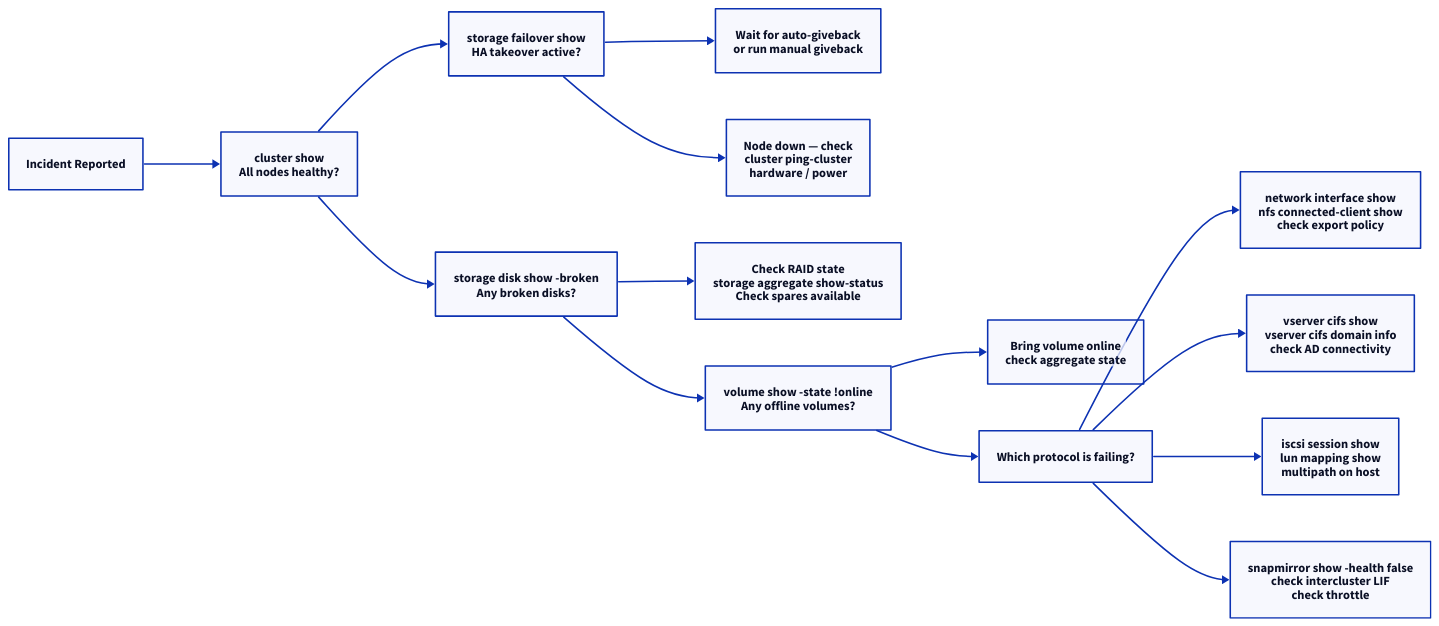
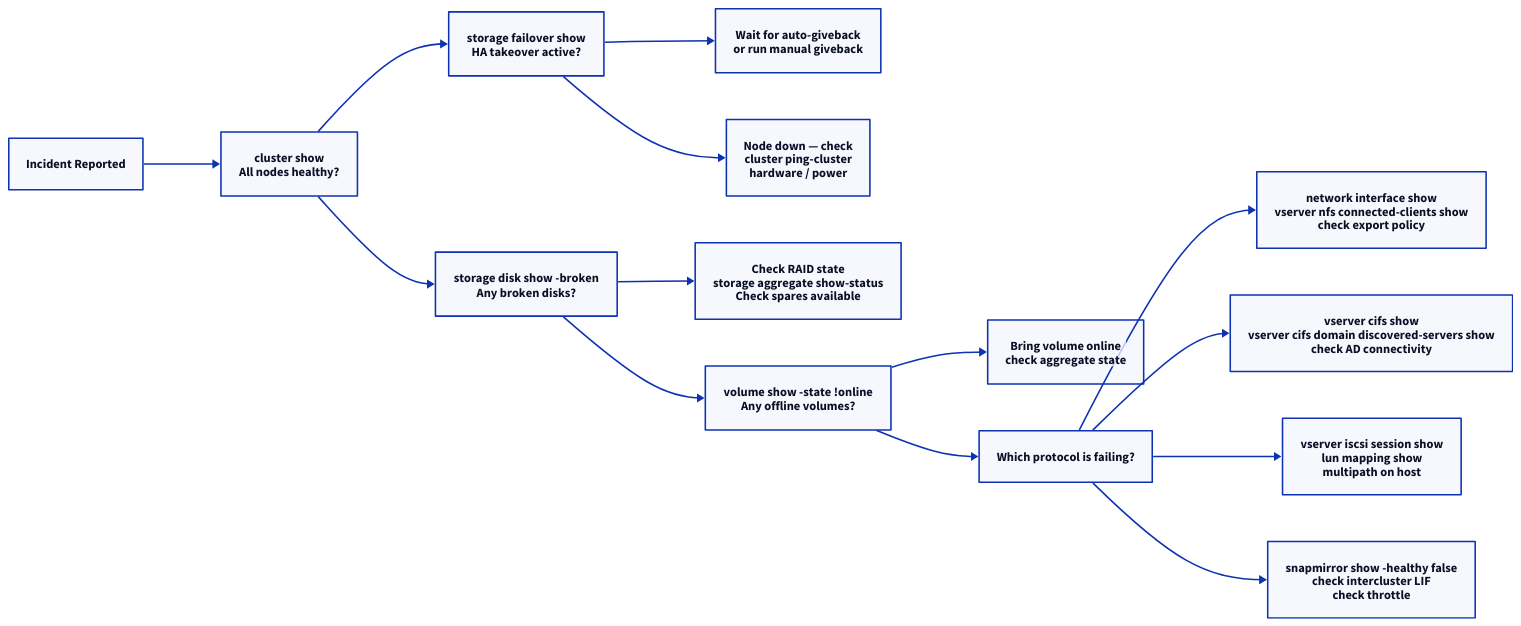
The third of 3 diagrams in docs/storage/products/netapp/ontap/troubleshooting/common-issues.md (canast01/chris-kb), drawn with D2 before and after one commit. The commit also changed other lines of this file and 141 other files, not shown here.

````diff
--- a/docs/storage/products/netapp/ontap/troubleshooting/common-issues.md
+++ b/docs/storage/products/netapp/ontap/troubleshooting/common-issues.md
@@ -102,32 +102,32 @@
 ```d2
 direction: right
 
 incident: "Incident Reported" {shape: rectangle}
 clusterOk: "cluster show\nAll nodes healthy?" {shape: rectangle}
 haCheck: "storage failover show\nHA takeover active?" {shape: rectangle}
 waitGiveback: "Wait for auto-giveback\nor run manual giveback" {shape: rectangle}
 nodeDown: "Node down — check\ncluster ping-cluster\nhardware / power" {shape: rectangle}
 diskOk: "storage disk show -broken\nAny broken disks?" {shape: rectangle}
 diskIssue: "Check RAID state\nstorage aggregate show-status\nCheck spares available" {shape: rectangle}
 volOk: "volume show -state !online\nAny offline volumes?" {shape: rectangle}
 volIssue: "Bring volume online\ncheck aggregate state" {shape: rectangle}
 protocol: "Which protocol is failing?" {shape: rectangle}
-nfsCheck: "network interface show\nnfs connected-client show\ncheck export policy" {shape: rectangle}
-smbCheck: "vserver cifs show\nvserver cifs domain info\ncheck AD connectivity" {shape: rectangle}
-iscsCheck: "iscsi session show\nlun mapping show\nmultipath on host" {shape: rectangle}
-smCheck: "snapmirror show -health false\ncheck intercluster LIF\ncheck throttle" {shape: rectangle}
+nfsCheck: "network interface show\nvserver nfs connected-clients show\ncheck export policy" {shape: rectangle}
+smbCheck: "vserver cifs show\nvserver cifs domain discovered-servers show\ncheck AD connectivity" {shape: rectangle}
+iscsCheck: "vserver iscsi session show\nlun mapping show\nmultipath on host" {shape: rectangle}
+smCheck: "snapmirror show -healthy false\ncheck intercluster LIF\ncheck throttle" {shape: rectangle}
 
 incident -> clusterOk
 clusterOk -> haCheck
 haCheck -> waitGiveback
 haCheck -> nodeDown
 clusterOk -> diskOk
 diskOk -> diskIssue
 diskOk -> volOk
 volOk -> volIssue
 volOk -> protocol
 protocol -> nfsCheck
 protocol -> smbCheck
 protocol -> iscsCheck
 protocol -> smCheck
 ```
````
